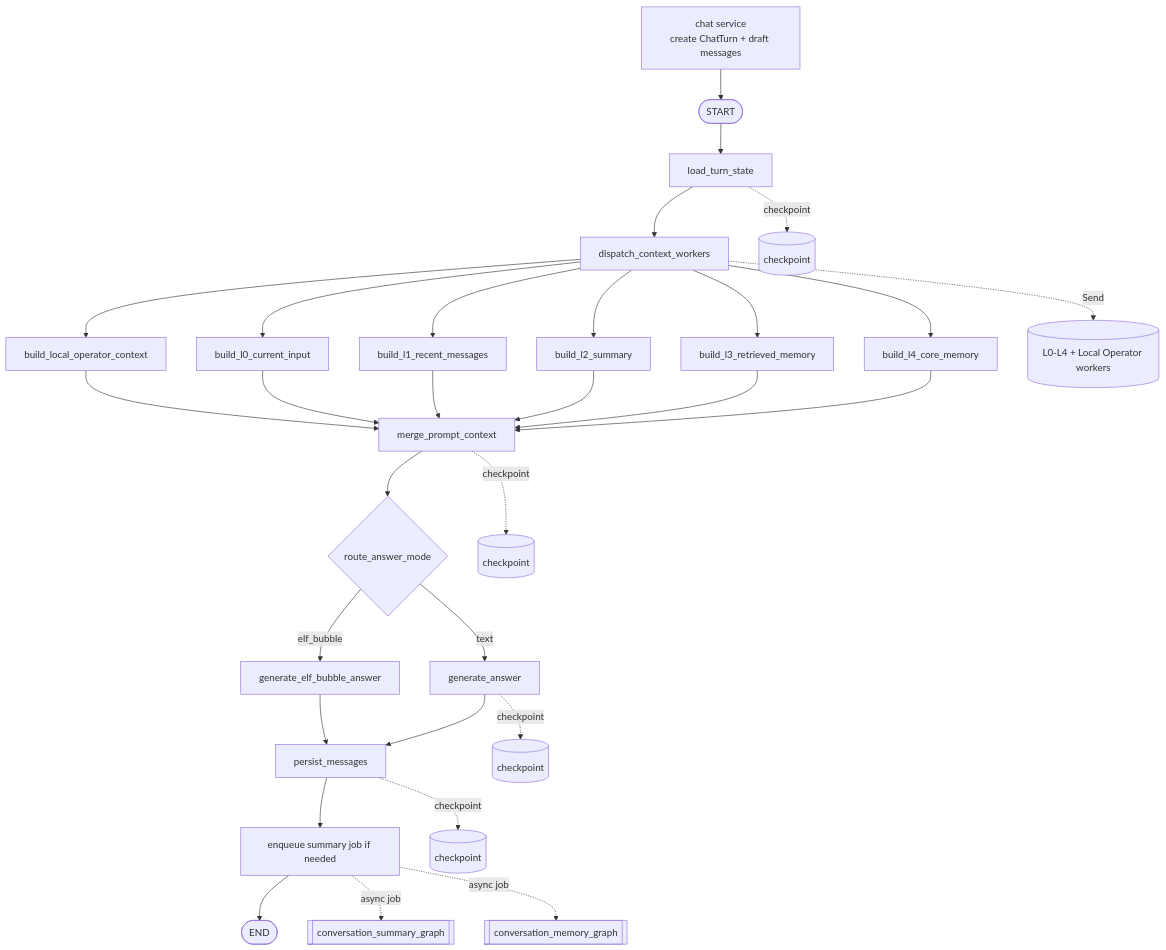
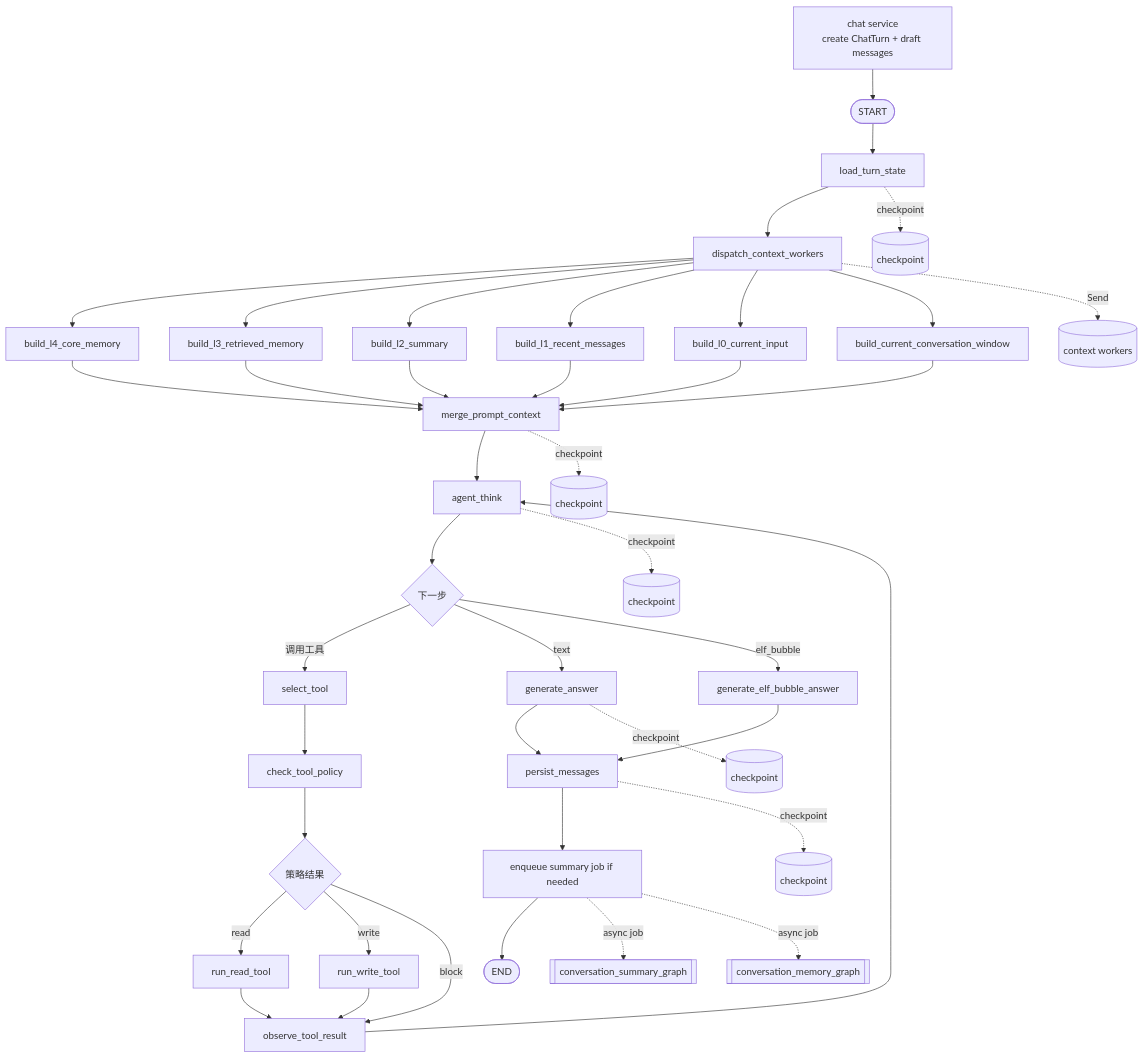
One commit to LiuJiaxuan1024/AiMemo changed the first of 5 diagrams in docs/agent/memory-chat-graph.md. Above: the diagram before and after it, drawn with Mermaid. The commit also changed other lines of this file and 26 other files, not shown here.

````diff
--- a/docs/agent/memory-chat-graph.md
+++ b/docs/agent/memory-chat-graph.md
@@ -11,33 +11,44 @@
 ```mermaid
 flowchart TD
     Precreate[chat service<br/>create ChatTurn + draft messages] --> Start([START])
     Start([START]) --> Load[load_turn_state]
     Load --> Dispatch[dispatch_context_workers]
     Dispatch --> L4[build_l4_core_memory]
     Dispatch --> L3[build_l3_retrieved_memory]
     Dispatch --> L2[build_l2_summary]
     Dispatch --> L1[build_l1_recent_messages]
     Dispatch --> L0[build_l0_current_input]
-    Dispatch --> LocalOperator[build_local_operator_context]
+    Dispatch --> Window[build_current_conversation_window]
     L4 --> Merge[merge_prompt_context]
     L3 --> Merge
     L2 --> Merge
     L1 --> Merge
     L0 --> Merge
-    LocalOperator --> Merge
-    Merge --> RouteAnswer{route_answer_mode}
-    RouteAnswer -->|text| Generate[generate_answer]
-    RouteAnswer -->|elf_bubble| BubbleGenerate[generate_elf_bubble_answer]
+    Window --> Merge
+    Merge --> AgentThink[agent_think]
+    AgentThink --> Route{下一步}
+    Route -->|调用工具| SelectTool[select_tool]
+    SelectTool --> Policy[check_tool_policy]
+    Policy --> PolicyRoute{策略结果}
+    PolicyRoute -->|read| RunRead[run_read_tool]
+    PolicyRoute -->|write| RunWrite[run_write_tool]
+    PolicyRoute -->|block| Observe[observe_tool_result]
+    RunRead --> Observe
+    RunWrite --> Observe
+    Observe --> AgentThink
+    Route -->|text| Generate[generate_answer]
+    Route -->|elf_bubble| BubbleGenerate[generate_elf_bubble_answer]
     Generate --> Persist[persist_messages]
     BubbleGenerate --> Persist
     Persist --> MaybeSummary[enqueue summary job if needed]
     MaybeSummary --> End([END])
     MaybeSummary -. async job .-> SummaryGraph[[conversation_summary_graph]]
     MaybeSummary -. async job .-> MemoryGraph[[conversation_memory_graph]]
 
     Load -. checkpoint .-> CP1[(checkpoint)]
-    Dispatch -. Send .-> Workers[(L0-L4 + Local Operator workers)]
+    Dispatch -. Send .-> Workers[(context workers)]
     Merge -. checkpoint .-> CP2[(checkpoint)]
-    Generate -. checkpoint .-> CP3[(checkpoint)]
-    Persist -. checkpoint .-> CP4[(checkpoint)]
+    AgentThink -. checkpoint .-> CP3[(checkpoint)]
+    Generate -. checkpoint .-> CP4[(checkpoint)]
+    Persist -. checkpoint .-> CP5[(checkpoint)]
 ```
````
